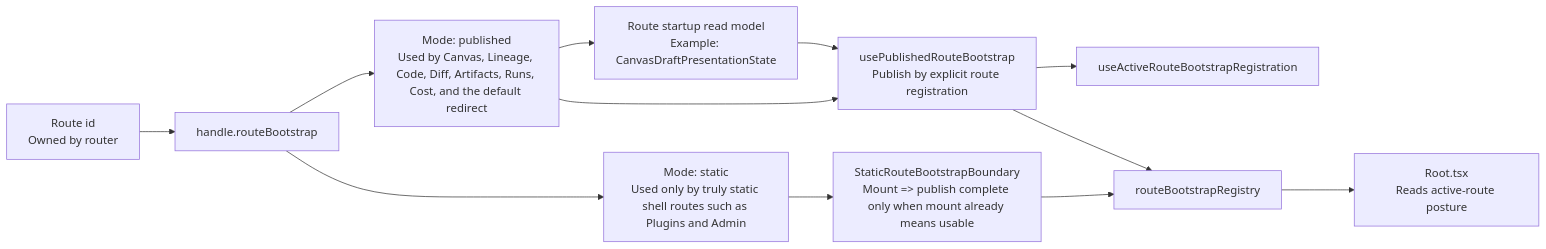
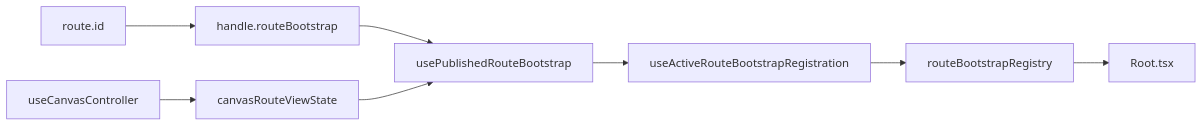
The third of 3 diagrams in docs/architecture/components/web/graph/canvas-component-map-and-modernization-review.md (dunay2/dvt), drawn with Mermaid before and after one commit. The commit also changed other lines of this file and 4 other files, not shown here.

Commit message:
docs(docs): Compact graph architecture pack and fix doc encoding

````diff
--- a/docs/architecture/components/web/graph/canvas-component-map-and-modernization-review.md
+++ b/docs/architecture/components/web/graph/canvas-component-map-and-modernization-review.md
@@ -343,14 +141,10 @@
 ```mermaid
 flowchart LR
-  RouteId["Route id\nOwned by router"] --> Handle["handle.routeBootstrap"]
-  Handle --> StaticMode["Mode: static\nUsed only by truly static shell routes such as Plugins and Admin"]
-  Handle --> PublishedMode["Mode: published\nUsed by Canvas, Lineage, Code, Diff, Artifacts, Runs, Cost, and the default redirect"]
-  StaticMode --> Boundary["StaticRouteBootstrapBoundary\nMount => publish complete only when mount already means usable"]
-  PublishedMode --> RouteReadModel["Route startup read model\nExample: CanvasDraftPresentationState"]
-  PublishedMode --> Publisher["usePublishedRouteBootstrap\nPublish by explicit route registration"]
-  Publisher --> ActiveRegistration["useActiveRouteBootstrapRegistration"]
-  Boundary --> Registry["routeBootstrapRegistry"]
-  RouteReadModel --> Publisher
-  Publisher --> Registry
-  Registry --> Root["Root.tsx\nReads active-route posture"]
+  RouteId["route.id"] --> Handle["handle.routeBootstrap"]
+  Handle --> Publisher["usePublishedRouteBootstrap"]
+  Publisher --> Registration["useActiveRouteBootstrapRegistration"]
+  Registration --> Registry["routeBootstrapRegistry"]
+  Registry --> Root["Root.tsx"]
+  Controller["useCanvasController"] --> RouteState["canvasRouteViewState"]
+  RouteState --> Publisher
 ```
````
